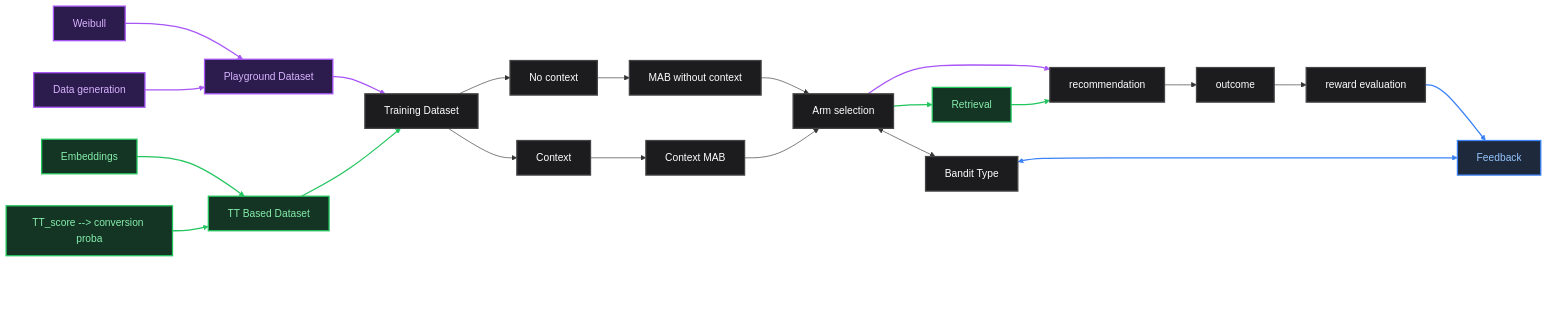
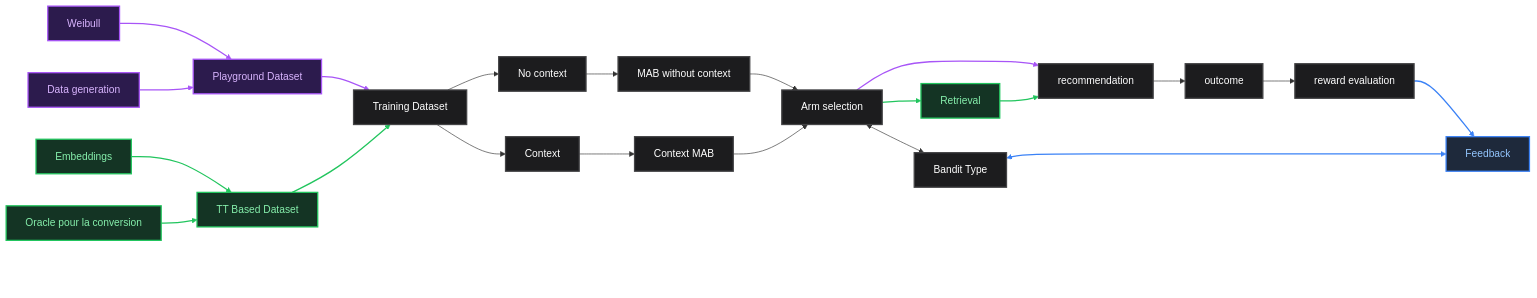
The second of 3 diagrams in README.md (pass-culture/bandit-demo), drawn with Mermaid before and after one commit. The commit also changed other lines of this file and 5 other files, not shown here.

```diff
--- a/README.md
+++ b/README.md
@@ -37,7 +133,7 @@
     Dataset[Training Dataset]
     TTData[TT Based Dataset]
     Embeddings[Embeddings]
-    TTScore[TT_score --> conversion proba]
+    TTScore[Oracle pour la conversion]
 
     NoContext[No context]
     Context[Context]
```
